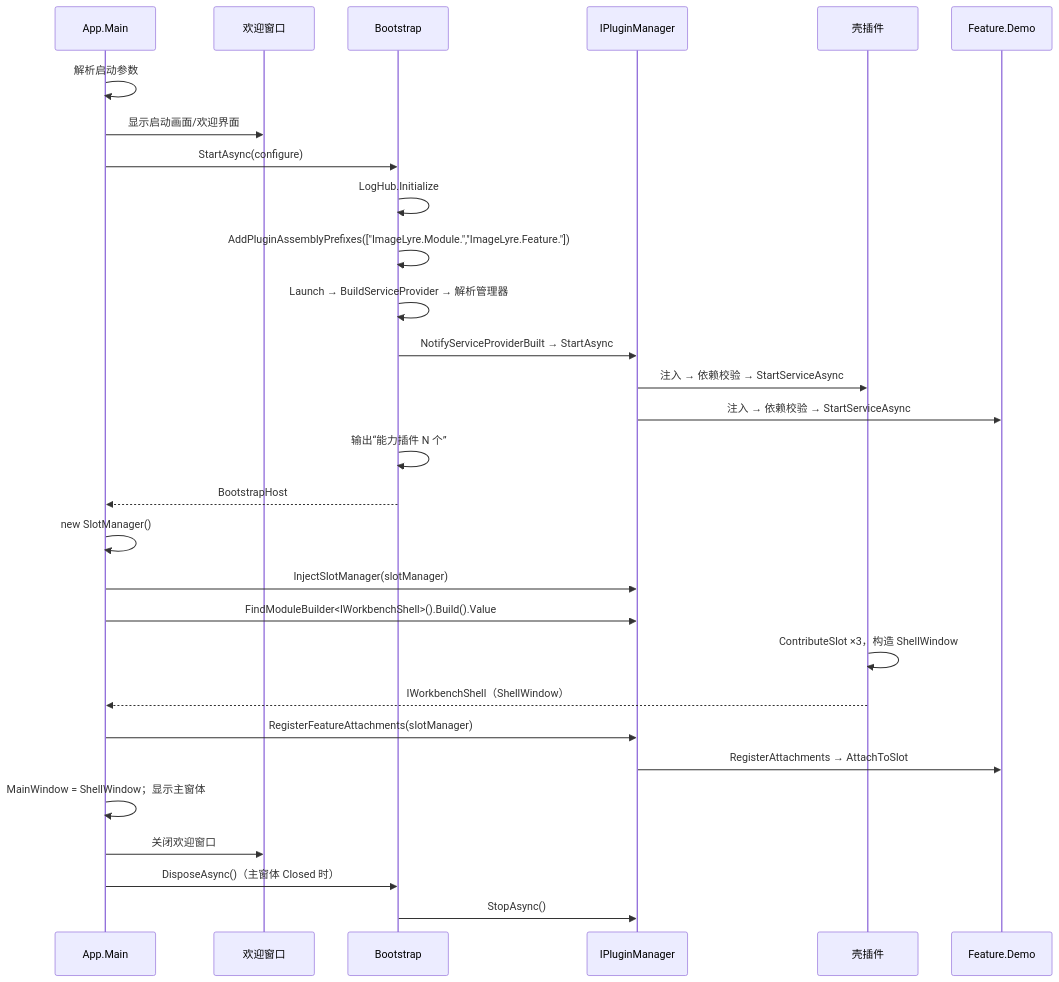
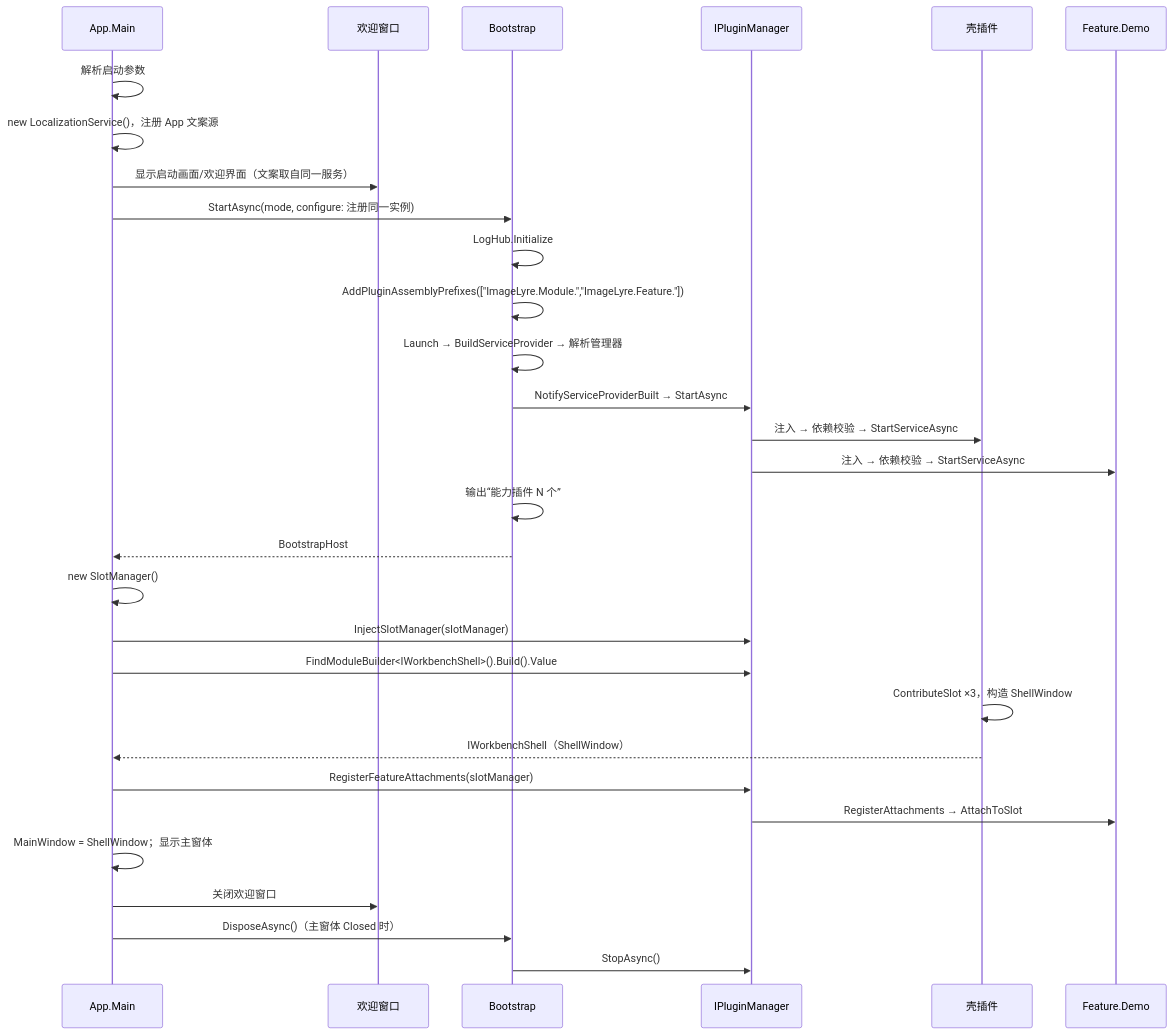
Before and after one commit to xknife-erian/ImageLyre: the second of 2 diagrams in docs/design/lukan/DESIGN-0001-M1-插件骨架.md, drawn with Mermaid. The commit also changed other lines of this file, not shown here.

````diff
--- a/docs/design/lukan/DESIGN-0001-M1-插件骨架.md
+++ b/docs/design/lukan/DESIGN-0001-M1-插件骨架.md
@@ -109,32 +111,33 @@
 ```mermaid
 sequenceDiagram
     participant Entry as App.Main
     participant Welcome as 欢迎窗口
     participant Boot as Bootstrap
     participant Mgr as IPluginManager
     participant Shell as 壳插件
     participant Feat as Feature.Demo
 
     Entry->>Entry: 解析启动参数
-    Entry->>Welcome: 显示启动画面/欢迎界面
-    Entry->>Boot: StartAsync(configure)
+    Entry->>Entry: new LocalizationService()，注册 App 文案源
+    Entry->>Welcome: 显示启动画面/欢迎界面（文案取自同一服务）
+    Entry->>Boot: StartAsync(mode, configure: 注册同一实例)
     Boot->>Boot: LogHub.Initialize
     Boot->>Boot: AddPluginAssemblyPrefixes(["ImageLyre.Module.","ImageLyre.Feature."])
     Boot->>Boot: Launch → BuildServiceProvider → 解析管理器
     Boot->>Mgr: NotifyServiceProviderBuilt → StartAsync
     Mgr->>Shell: 注入 → 依赖校验 → StartServiceAsync
     Mgr->>Feat: 注入 → 依赖校验 → StartServiceAsync
     Boot->>Boot: 输出“能力插件 N 个”
     Boot-->>Entry: BootstrapHost
     Entry->>Entry: new SlotManager()
     Entry->>Mgr: InjectSlotManager(slotManager)
     Entry->>Mgr: FindModuleBuilder<IWorkbenchShell>().Build().Value
     Shell->>Shell: ContributeSlot ×3，构造 ShellWindow
     Shell-->>Entry: IWorkbenchShell（ShellWindow）
     Entry->>Mgr: RegisterFeatureAttachments(slotManager)
     Mgr->>Feat: RegisterAttachments → AttachToSlot
     Entry->>Entry: MainWindow = ShellWindow；显示主窗体
     Entry->>Welcome: 关闭欢迎窗口
     Entry->>Boot: DisposeAsync()（主窗体 Closed 时）
     Boot->>Mgr: StopAsync()
 ```
````
